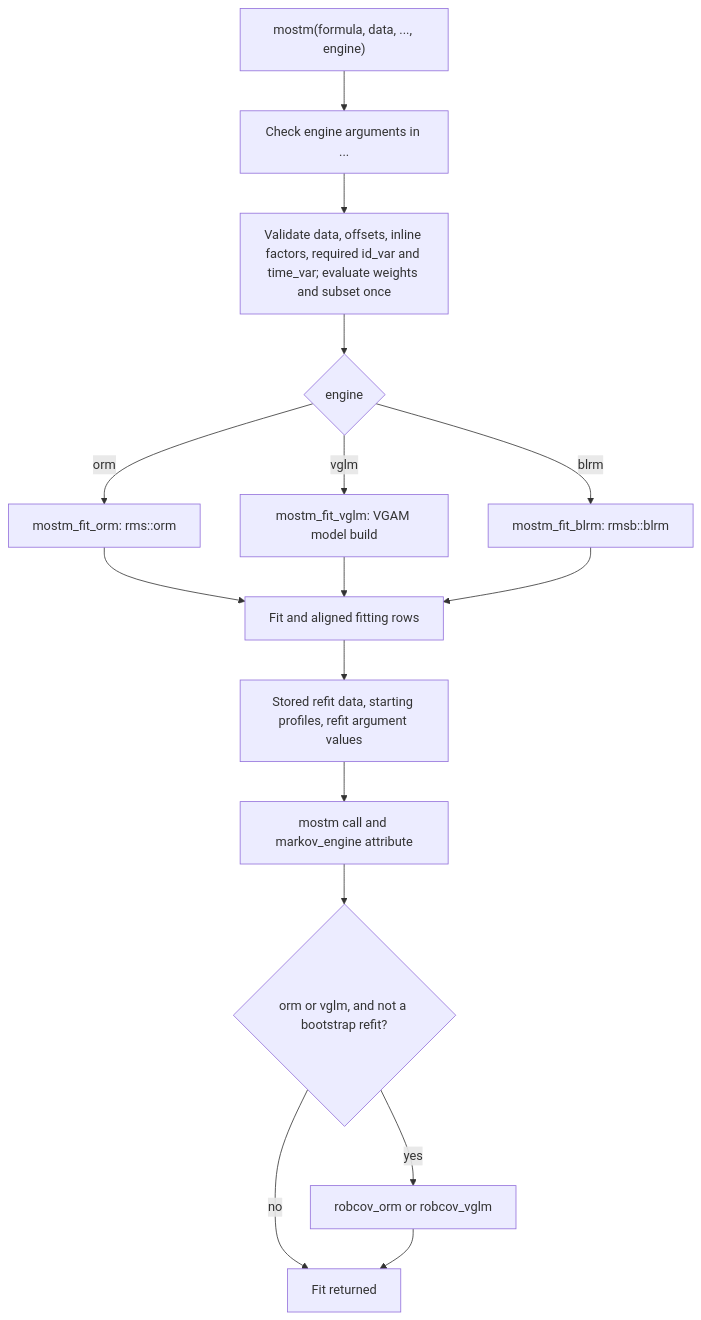
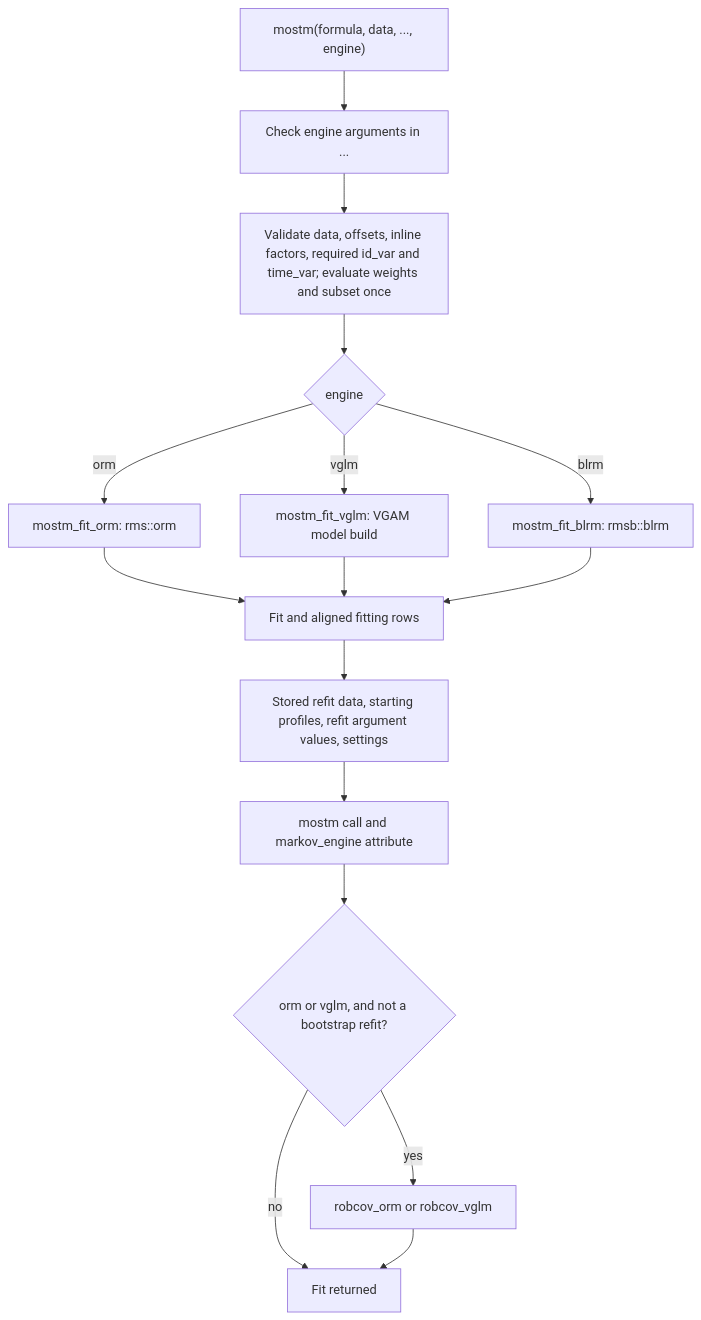
Before and after one commit to scjohannes/mostr: the second of 4 diagrams in ARCHITECTURE.md, drawn with Mermaid. The commit also changed other lines of this file and 3 other files, not shown here.

````diff
--- a/ARCHITECTURE.md
+++ b/ARCHITECTURE.md
@@ -101,18 +102,18 @@
 ```mermaid
 flowchart TD
     A["mostm(formula, data, ..., engine)"] --> B[Check engine arguments in ...]
     B --> C[Validate data, offsets, inline factors, required id_var and time_var; evaluate weights and subset once]
     C --> D{engine}
     D -->|orm| E[mostm_fit_orm: rms::orm]
     D -->|vglm| F[mostm_fit_vglm: VGAM model build]
     D -->|blrm| G[mostm_fit_blrm: rmsb::blrm]
     E --> H[Fit and aligned fitting rows]
     F --> H
     G --> H
-    H --> I[Stored refit data, starting profiles, refit argument values]
+    H --> I[Stored refit data, starting profiles, refit argument values, settings]
     I --> J[mostm call and markov_engine attribute]
     J --> K{orm or vglm, and not a bootstrap refit?}
     K -->|yes| L[robcov_orm or robcov_vglm]
     K -->|no| M[Fit returned]
     L --> M
 ```
````
